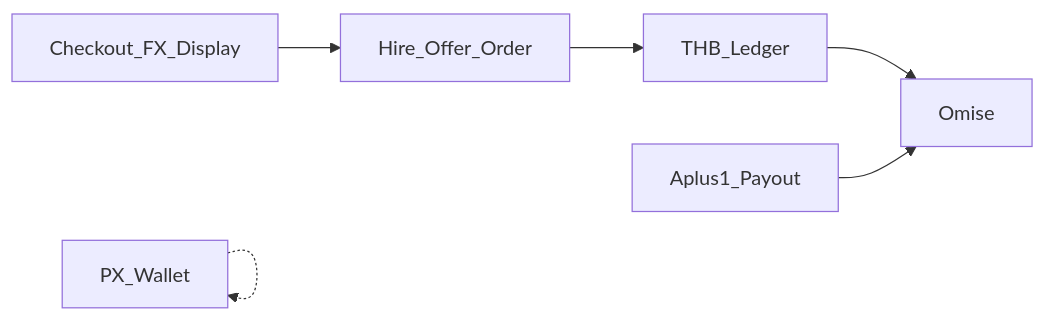
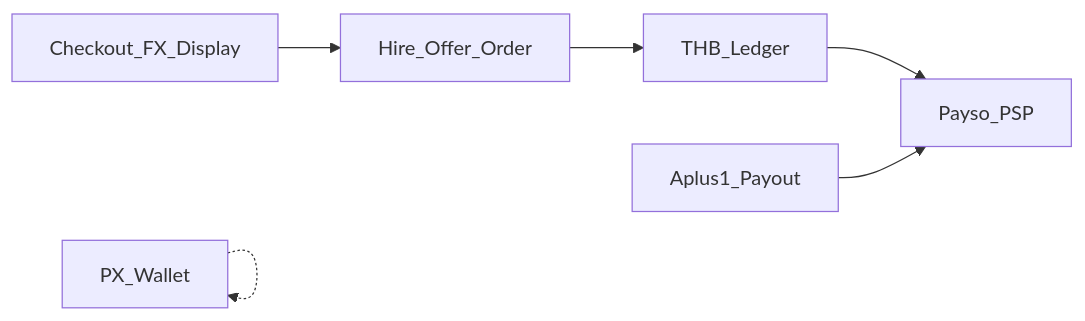
One commit to passawutaplus/AunAun changed the diagram in Anthem-Code/docs/payments-omise.md. Above: the diagram before and after it, drawn with Mermaid. The commit also changed other lines of this file and 218 other files, not shown here.

````diff
--- a/Anthem-Code/docs/payments-omise.md
+++ b/Anthem-Code/docs/payments-omise.md
@@ -22,8 +26,8 @@
 ```mermaid
 flowchart LR
   Hire[Hire_Offer_Order] --> Ledger[THB_Ledger]
   UI[Checkout_FX_Display] --> Hire
-  Ledger --> Omise[Omise]
-  Payout[Aplus1_Payout] --> Omise
+  Ledger --> PSP[Payso_PSP]
+  Payout[Aplus1_Payout] --> PSP
   PX[PX_Wallet] -.-> PX
 ```
````
